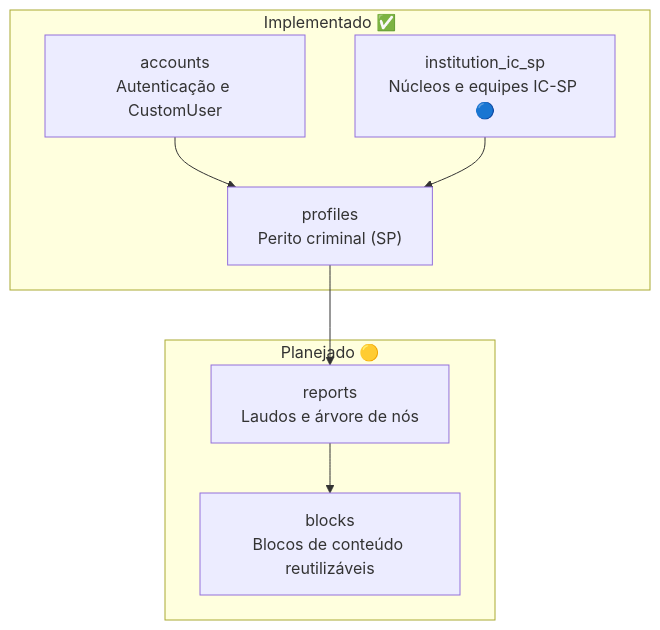
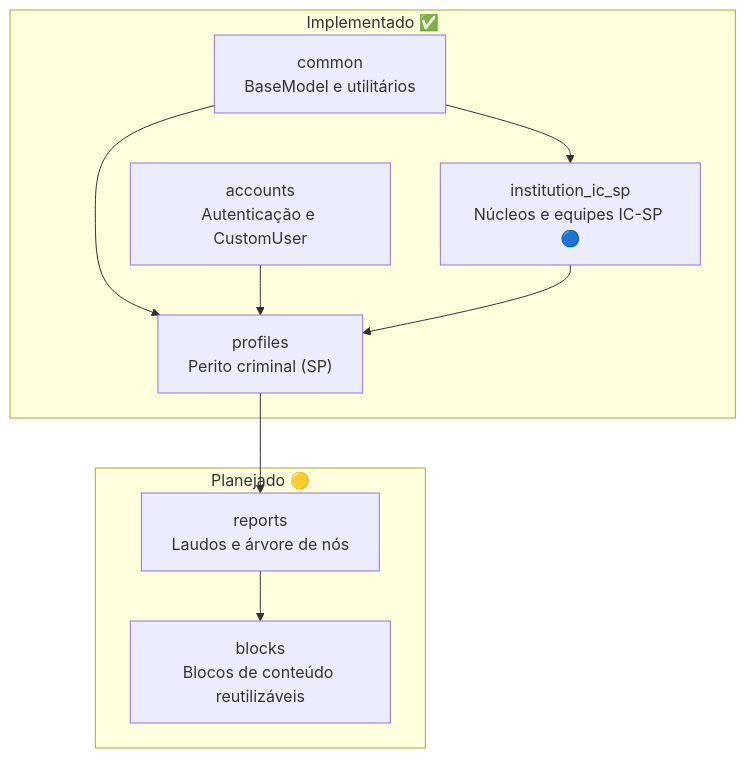
One commit to PeritoCriminal/reportline changed the first of 2 diagrams in docs/architecture/03-apps-map.md. Above: the diagram before and after it, drawn with Mermaid. The commit also changed other lines of this file and 2 other files, not shown here.

First line of the commit message:
docs(architecture): documentar padrão de mensagens ao usuário

````diff
--- a/docs/architecture/03-apps-map.md
+++ b/docs/architecture/03-apps-map.md
@@ -8,18 +8,21 @@
 ```mermaid
 flowchart TB
     subgraph implemented ["Implementado ✅"]
+        common["common<br/>BaseModel e utilitários"]
         accounts["accounts<br/>Autenticação e CustomUser"]
         institution_ic_sp["institution_ic_sp<br/>Núcleos e equipes IC-SP 🔵"]
         profiles["profiles<br/>Perito criminal (SP)"]
     end
 
     subgraph planned ["Planejado 🟡"]
         reports["reports<br/>Laudos e árvore de nós"]
         blocks["blocks<br/>Blocos de conteúdo reutilizáveis"]
     end
 
+    common --> institution_ic_sp
+    common --> profiles
     accounts --> profiles
     institution_ic_sp --> profiles
     profiles --> reports
     reports --> blocks
 ```
````
